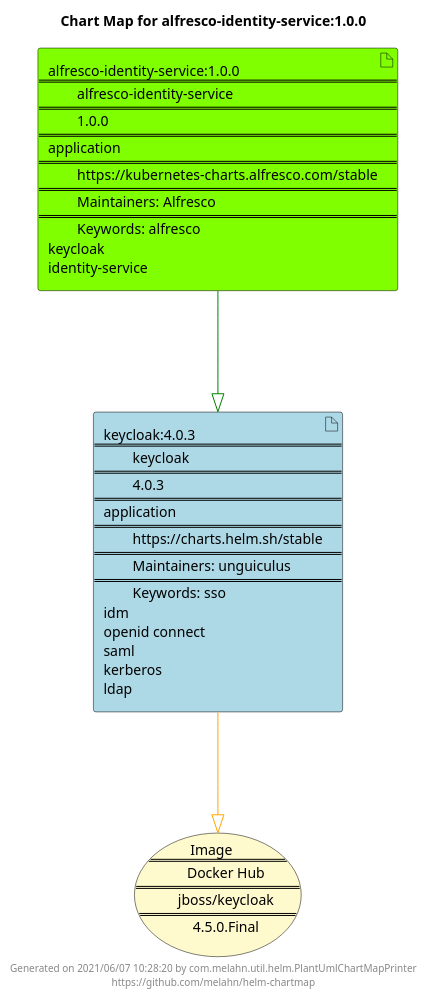
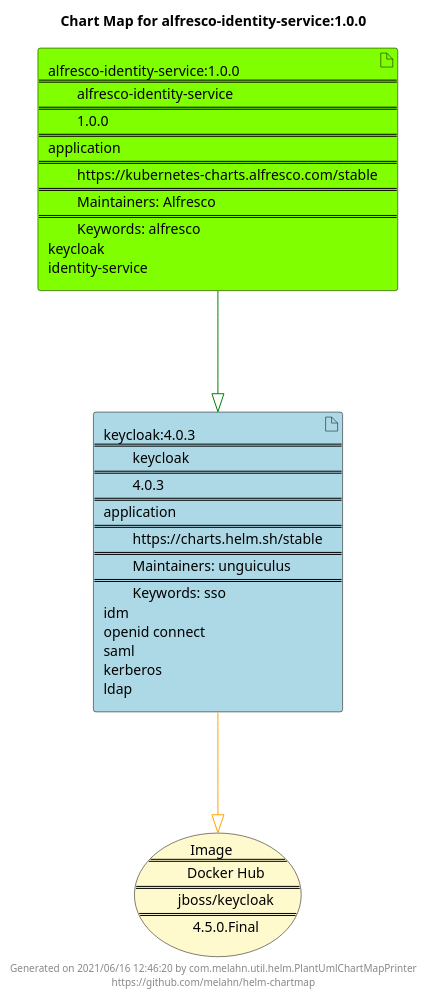
One commit to melahn/helm-chartmap changed the diagram in docs/alfresco-identity-service/alfresco-identity-service-1.0.0.puml. Above: the diagram before and after it, drawn with PlantUML. The commit also changed 39 other files, not shown here.

```diff
--- a/docs/alfresco-identity-service/alfresco-identity-service-1.0.0.puml
+++ b/docs/alfresco-identity-service/alfresco-identity-service-1.0.0.puml
@@ -1,23 +1,23 @@
 @startuml
 skinparam linetype ortho
 skinparam backgroundColor white
 skinparam usecaseBorderColor black
 skinparam usecaseArrowColor LightSlateGray
 skinparam artifactBorderColor black
 skinparam artifactArrowColor LightSlateGray
 
 title Chart Map for alfresco-identity-service:1.0.0
 
 'There are 2 referenced Helm Charts
 artifact "keycloak:4.0.3\n====\n\tkeycloak\n====\n\t4.0.3\n====\napplication\n====\n\thttps://charts.helm.sh/stable\n====\n\tMaintainers: unguiculus\n====\n\tKeywords: sso\nidm\nopenid connect\nsaml\nkerberos\nldap" as keycloak_4_0_3 #LightBlue
 artifact "alfresco-identity-service:1.0.0\n====\n\talfresco-identity-service\n====\n\t1.0.0\n====\napplication\n====\n\thttps://kubernetes-charts.alfresco.com/stable\n====\n\tMaintainers: Alfresco\n====\n\tKeywords: alfresco\nkeycloak\nidentity-service" as alfresco_identity_service_1_0_0 #Chartreuse
 
 'There is one referenced Docker Image
 usecase "Image\n====\n\tDocker Hub\n====\n\tjboss/keycloak\n====\n\t4.5.0.Final" as jboss_keycloak_4_5_0_Final #LemonChiffon
 
 'Chart Dependencies
 alfresco_identity_service_1_0_0--[#green]-|>keycloak_4_0_3
 keycloak_4_0_3--[#orange]-|>jboss_keycloak_4_5_0_Final
 
-center footer Generated on 2021/06/07 10:28:20 by com.melahn.util.helm.PlantUmlChartMapPrinter\nhttps://github.com/melahn/helm-chartmap
+center footer Generated on 2021/06/16 12:46:20 by com.melahn.util.helm.PlantUmlChartMapPrinter\nhttps://github.com/melahn/helm-chartmap
 @enduml
```
